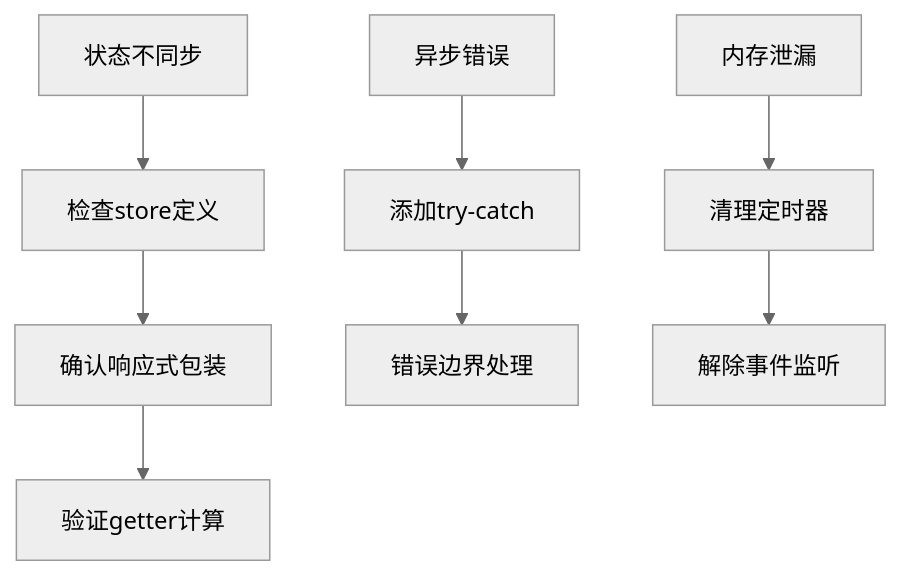
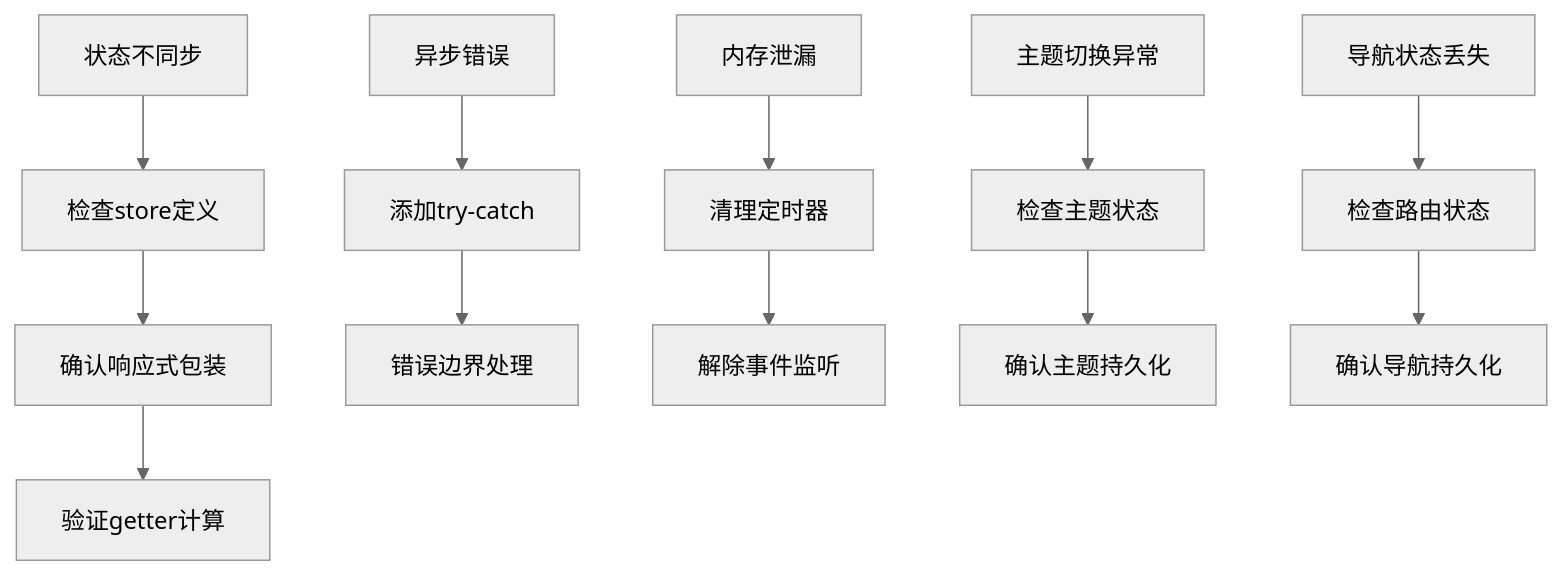
Before and after one commit to itsharex/NexTunnel: diagram 19 of 24 in .qoder/repowiki/zh/content/架构设计/桌面端架构设计/前端架构设计/Vue组件系统架构.md, drawn with Mermaid (neutral theme). The commit also changed other lines of this file and 41 other files, not shown here.

````diff
--- a/.qoder/repowiki/zh/content/架构设计/桌面端架构设计/前端架构设计/Vue组件系统架构.md
+++ b/.qoder/repowiki/zh/content/架构设计/桌面端架构设计/前端架构设计/Vue组件系统架构.md
@@ -453,10 +529,14 @@
 ```mermaid
 flowchart TD
 A[状态不同步] --> B[检查store定义]
 B --> C[确认响应式包装]
 C --> D[验证getter计算]
 E[异步错误] --> F[添加try-catch]
 F --> G[错误边界处理]
 H[内存泄漏] --> I[清理定时器]
 I --> J[解除事件监听]
+K[主题切换异常] --> L[检查主题状态]
+L --> M[确认主题持久化]
+N[导航状态丢失] --> O[检查路由状态]
+O --> P[确认导航持久化]
 ```
````
